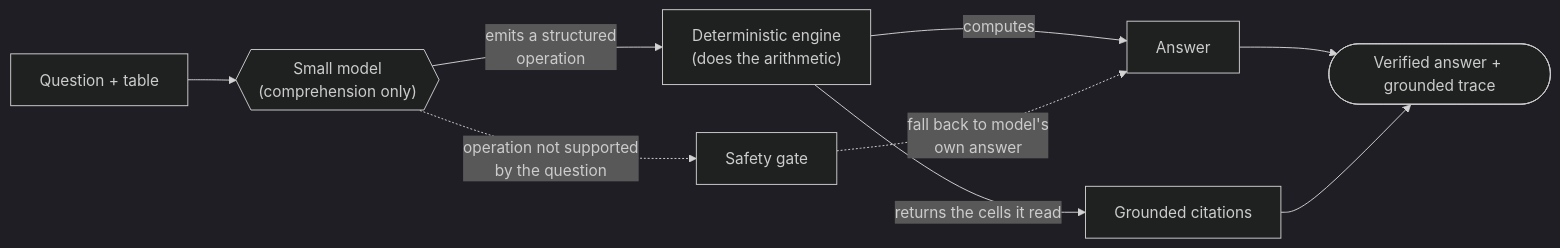
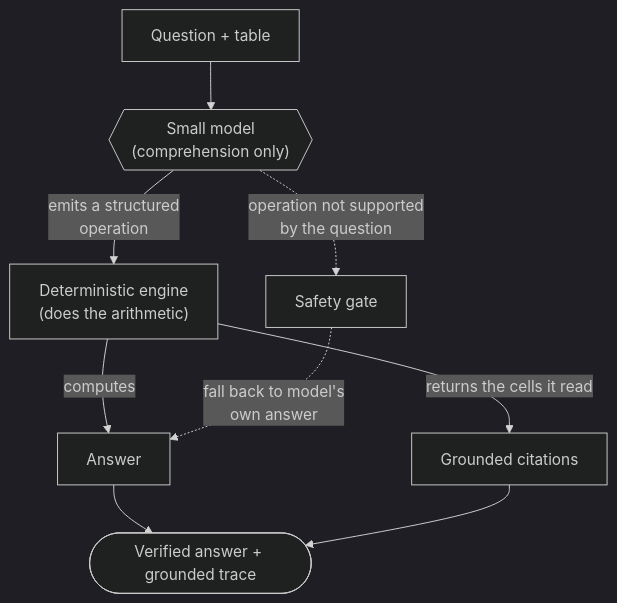
The diagram in README.md (AmandineFlachs/grounded-table-sft), drawn with Mermaid (dark theme) before and after one commit.

Commit message:
docs: make the How-it-works flowchart vertical
Switch the native Mermaid flowchart from left-to-right to top-to-bottom so
it renders larger in the README column, while keeping the default theme
(transparent background that adapts to GitHub light/dark mode) - no custom
fills, so it stays consistent.

````diff
--- a/README.md
+++ b/README.md
@@ -33,11 +33,11 @@
 ```mermaid
-flowchart LR
+flowchart TB
     Q["Question + table"] --> M{{"Small model<br/>(comprehension only)"}}
     M -->|"emits a structured<br/>operation"| E["Deterministic engine<br/>(does the arithmetic)"]
     E -->|"computes"| A["Answer"]
     E -->|"returns the cells it read"| G["Grounded citations"]
     M -.->|"operation not supported<br/>by the question"| GATE["Safety gate"]
     GATE -.->|"fall back to model's<br/>own answer"| A
     A --> OUT(["Verified answer + grounded trace"])
     G --> OUT
 ```
````
